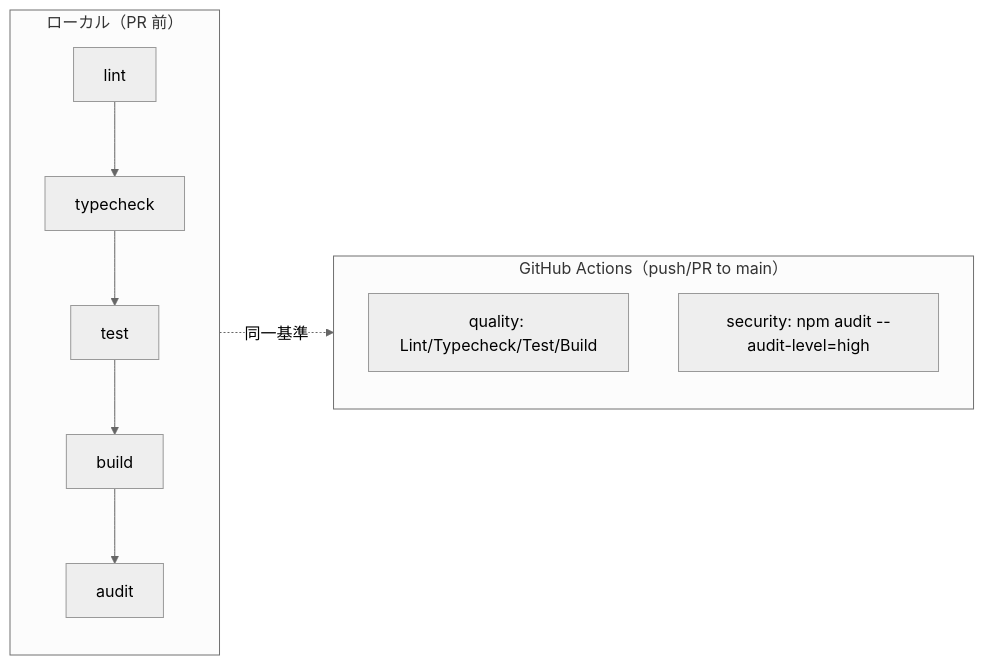
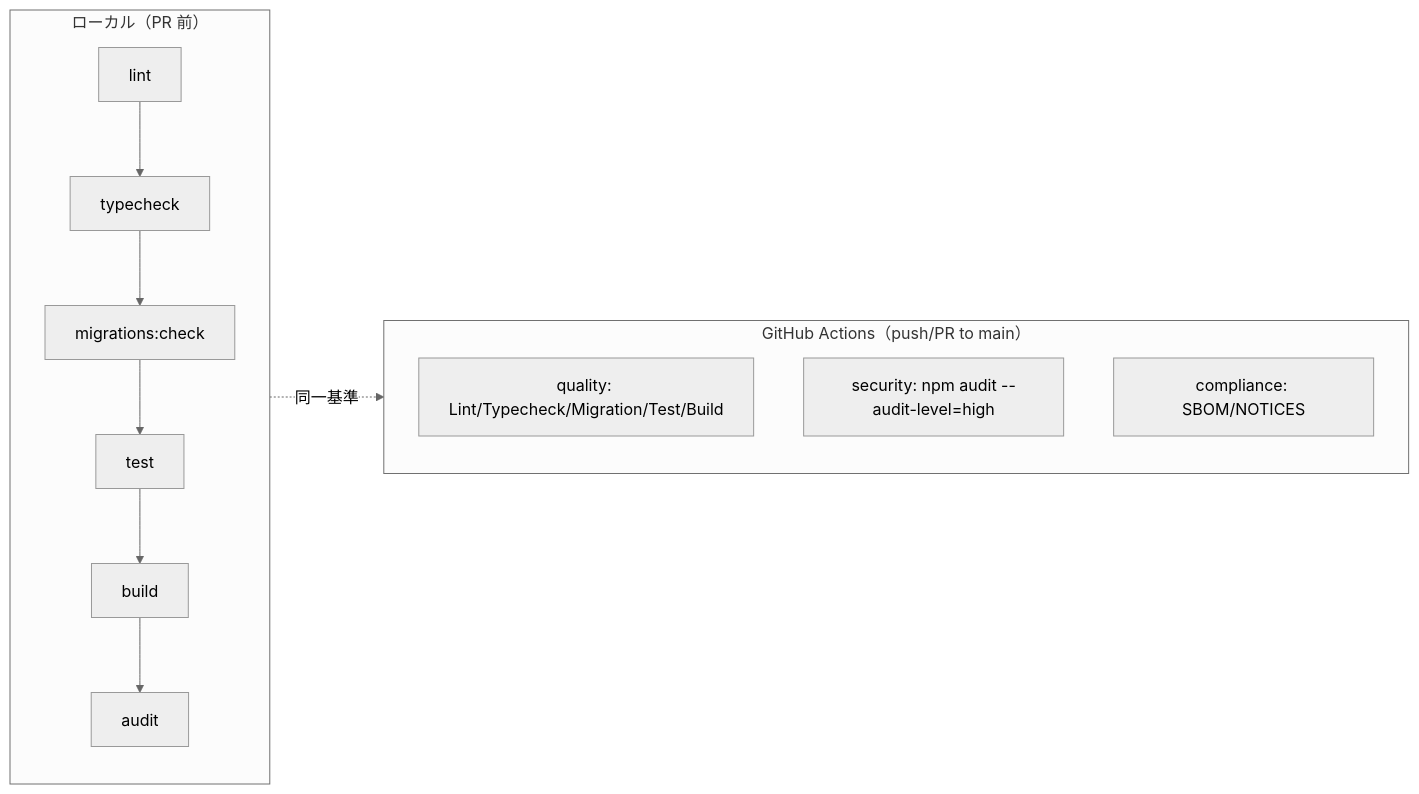
One commit to Kensan196948G/CivilDraft-Web-CAD changed the first of 3 diagrams in docs/operations/operations-manual.md. Above: the diagram before and after it, drawn with Mermaid (neutral theme). The commit also changed other lines of this file and 54 other files, not shown here.

````diff
--- a/docs/operations/operations-manual.md
+++ b/docs/operations/operations-manual.md
@@ -84,11 +88,12 @@
 ```mermaid
 flowchart LR
     subgraph LOCAL["ローカル（PR 前）"]
-      L1["lint"] --> L2["typecheck"] --> L3["test"] --> L4["build"] --> L5["audit"]
+      L1["lint"] --> L2["typecheck"] --> L3["migrations:check"] --> L4["test"] --> L5["build"] --> L6["audit"]
     end
     subgraph CI["GitHub Actions（push/PR to main）"]
-      Q["quality: Lint/Typecheck/Test/Build"]
+      Q["quality: Lint/Typecheck/Migration/Test/Build"]
       S["security: npm audit --audit-level=high"]
+      C["compliance: SBOM/NOTICES"]
     end
     LOCAL -.->|同一基準| CI
 ```
````
